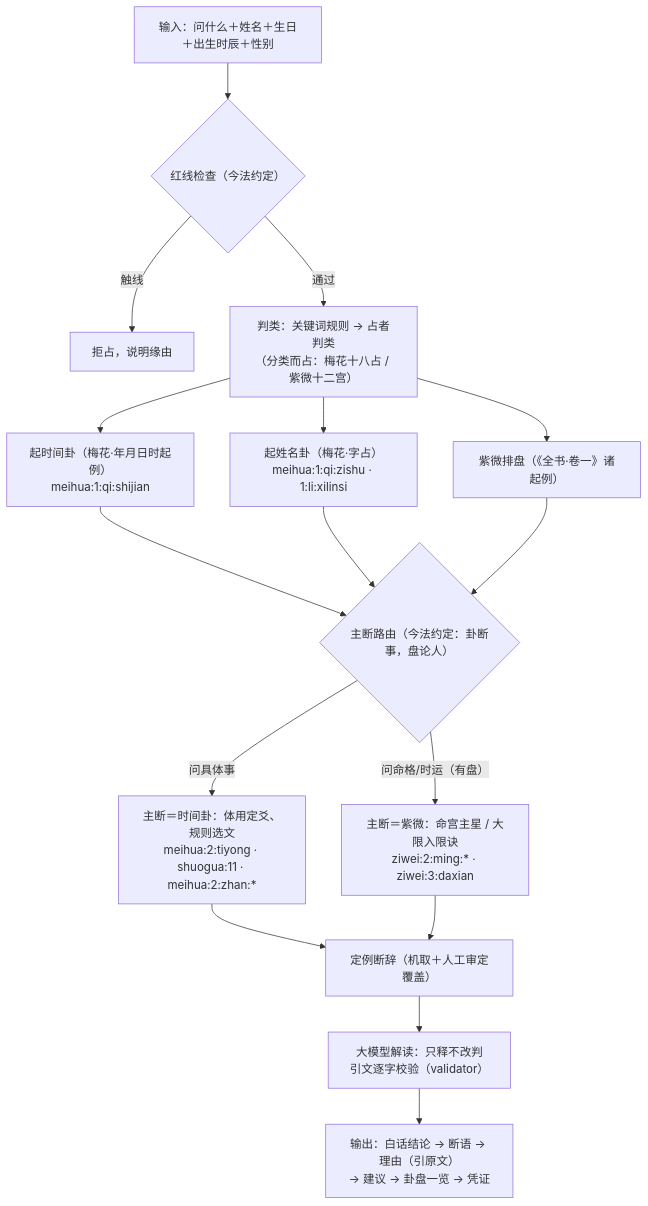
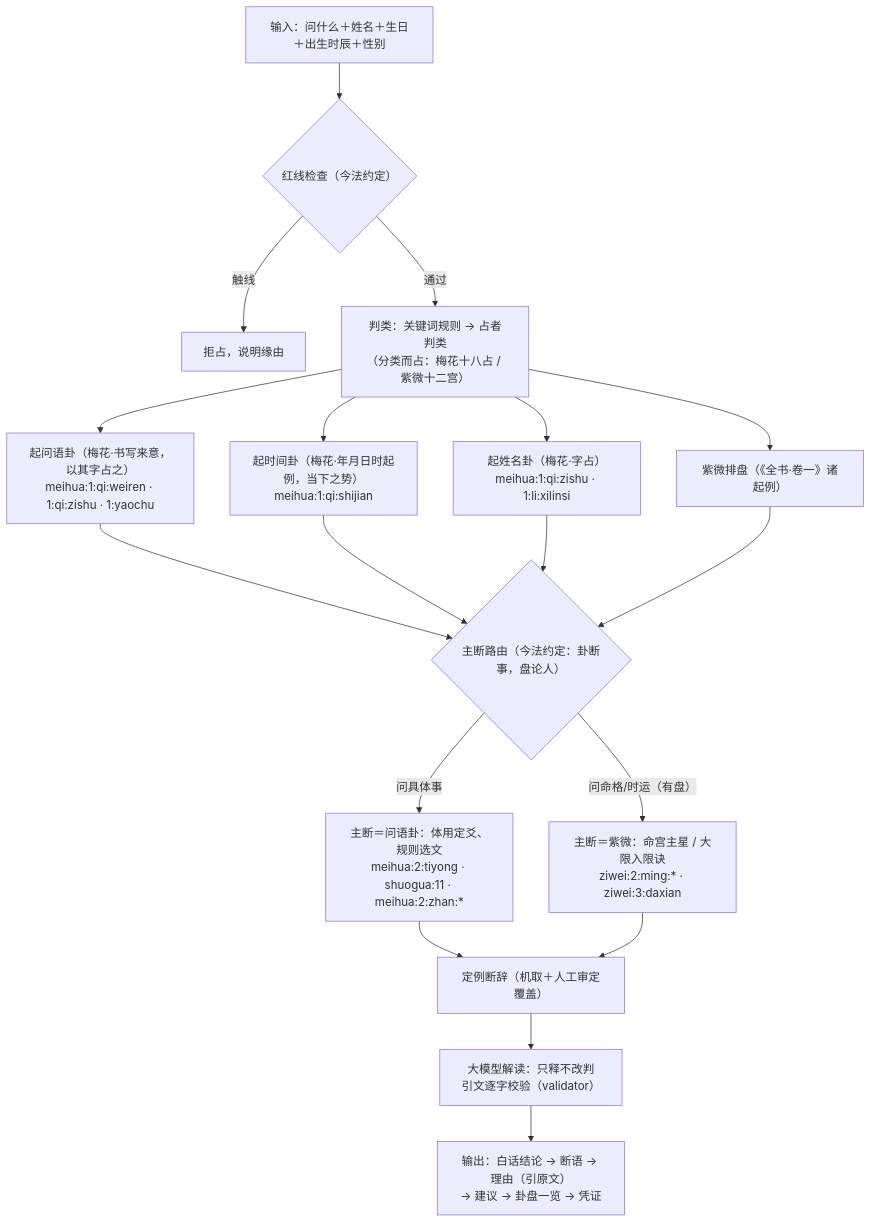
Before and after one commit to LL145/Zhihu: the diagram in ALGORITHM.md, drawn with Mermaid. The commit also changed other lines of this file and 9 other files, not shown here.

````diff
--- a/ALGORITHM.md
+++ b/ALGORITHM.md
@@ -40,18 +40,20 @@
 ```mermaid
 flowchart TD
     IN["输入：问什么＋姓名＋生日＋出生时辰＋性别"] --> RL{"红线检查（今法约定）"}
     RL -- 触线 --> REFUSE["拒占，说明缘由"]
     RL -- 通过 --> TP["判类：关键词规则 → 占者判类<br/>（分类而占：梅花十八占 / 紫微十二宫）"]
-    TP --> C1["起时间卦（梅花·年月日时起例）<br/>meihua:1:qi:shijian"]
+    TP --> C0["起问语卦（梅花·书写来意，以其字占之）<br/>meihua:1:qi:weiren · 1:qi:zishu · 1:yaochu"]
+    TP --> C1["起时间卦（梅花·年月日时起例，当下之势）<br/>meihua:1:qi:shijian"]
     TP --> C2["起姓名卦（梅花·字占）<br/>meihua:1:qi:zishu · 1:li:xilinsi"]
     TP --> C3["紫微排盘（《全书·卷一》诸起例）"]
-    C1 --> ROUTE{"主断路由（今法约定：卦断事，盘论人）"}
+    C0 --> ROUTE{"主断路由（今法约定：卦断事，盘论人）"}
+    C1 --> ROUTE
     C2 --> ROUTE
     C3 --> ROUTE
-    ROUTE -- "问具体事" --> E1["主断＝时间卦：体用定爻、规则选文<br/>meihua:2:tiyong · shuogua:11 · meihua:2:zhan:*"]
+    ROUTE -- "问具体事" --> E1["主断＝问语卦：体用定爻、规则选文<br/>meihua:2:tiyong · shuogua:11 · meihua:2:zhan:*"]
     ROUTE -- "问命格/时运（有盘）" --> Z1["主断＝紫微：命宫主星 / 大限入限诀<br/>ziwei:2:ming:* · ziwei:3:daxian"]
     E1 --> V["定例断辞（机取＋人工审定覆盖）"]
     Z1 --> V
     V --> LLM["大模型解读：只释不改判<br/>引文逐字校验（validator）"]
     LLM --> OUT["输出：白话结论 → 断语 → 理由（引原文）<br/>→ 建议 → 卦盘一览 → 凭证"]
 ```
````
